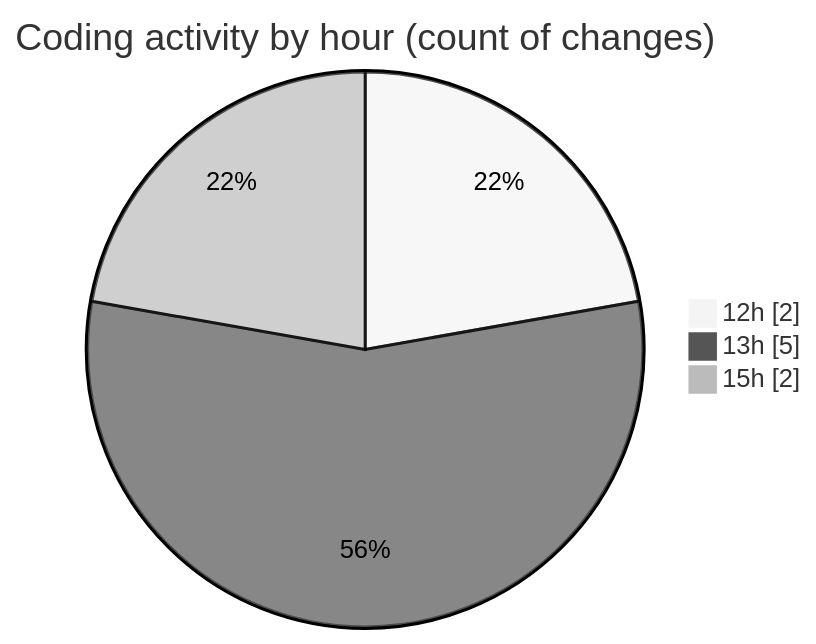
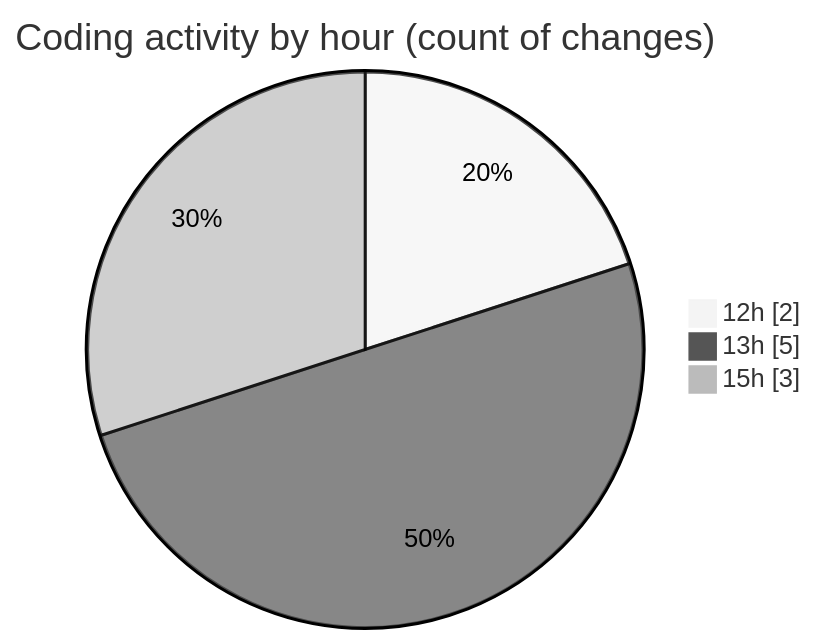
The second of 2 diagrams in 2025-07-12/fish/README.md (EIIisD/code-tracking), drawn with Mermaid (neutral theme) before and after one commit. The commit also changed other lines of this file and 1 other file, not shown here.

````diff
--- a/2025-07-12/fish/README.md
+++ b/2025-07-12/fish/README.md
@@ -30,7 +32,7 @@
 ```mermaid
 pie showData
 title Coding activity by hour (count of changes)
 "12h" : 2
 "13h" : 5
-"15h" : 2
+"15h" : 3
 ```
````
